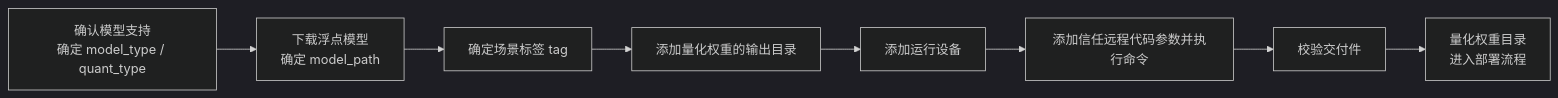
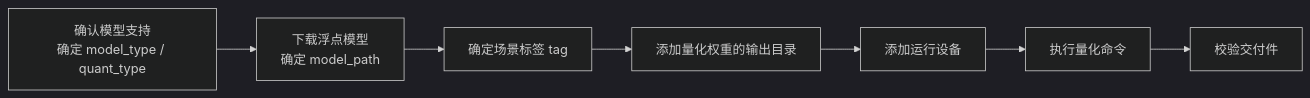
Before and after one commit to Ascend/msmodelslim: the diagram in docs/zh/user_guide/usage_one_click_quantization.md, drawn with Mermaid (dark theme). The commit also changed other lines of this file and 3 other files, not shown here.

````diff
--- a/docs/zh/user_guide/usage_one_click_quantization.md
+++ b/docs/zh/user_guide/usage_one_click_quantization.md
@@ -41,10 +41,9 @@
 ```mermaid
 flowchart LR
   A[确认模型支持<br>确定 model_type / quant_type] --> B[下载浮点模型<br>确定 model_path]
   B --> C[确定场景标签 tag]
   C --> D[添加量化权重的输出目录]
   D --> E[添加运行设备]
-  E --> F[添加信任远程代码参数并执行命令]
+  E --> F[执行量化命令]
   F --> G[校验交付件]
-  G --> H[量化权重目录<br>进入部署流程]
 ```
````
